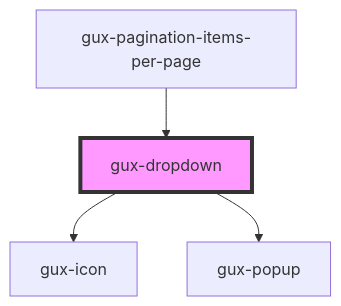
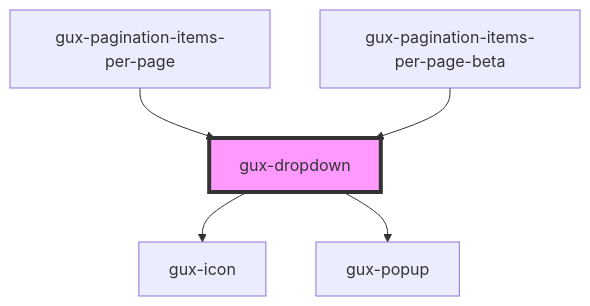
Before and after one commit to MyPureCloud/genesys-spark: the diagram in src/components/stable/gux-dropdown/readme.md, drawn with Mermaid. The commit also changed other lines of this file and 10 other files, not shown here.

Commit message:
feat(gux-pagination-beta): update dropdown and option

````diff
--- a/src/components/stable/gux-dropdown/readme.md
+++ b/src/components/stable/gux-dropdown/readme.md
@@ -35,7 +36,8 @@
 ```mermaid
 graph TD;
   gux-dropdown --> gux-icon
   gux-dropdown --> gux-popup
   gux-pagination-items-per-page --> gux-dropdown
+  gux-pagination-items-per-page-beta --> gux-dropdown
   style gux-dropdown fill:#f9f,stroke:#333,stroke-width:4px
 ```
````
